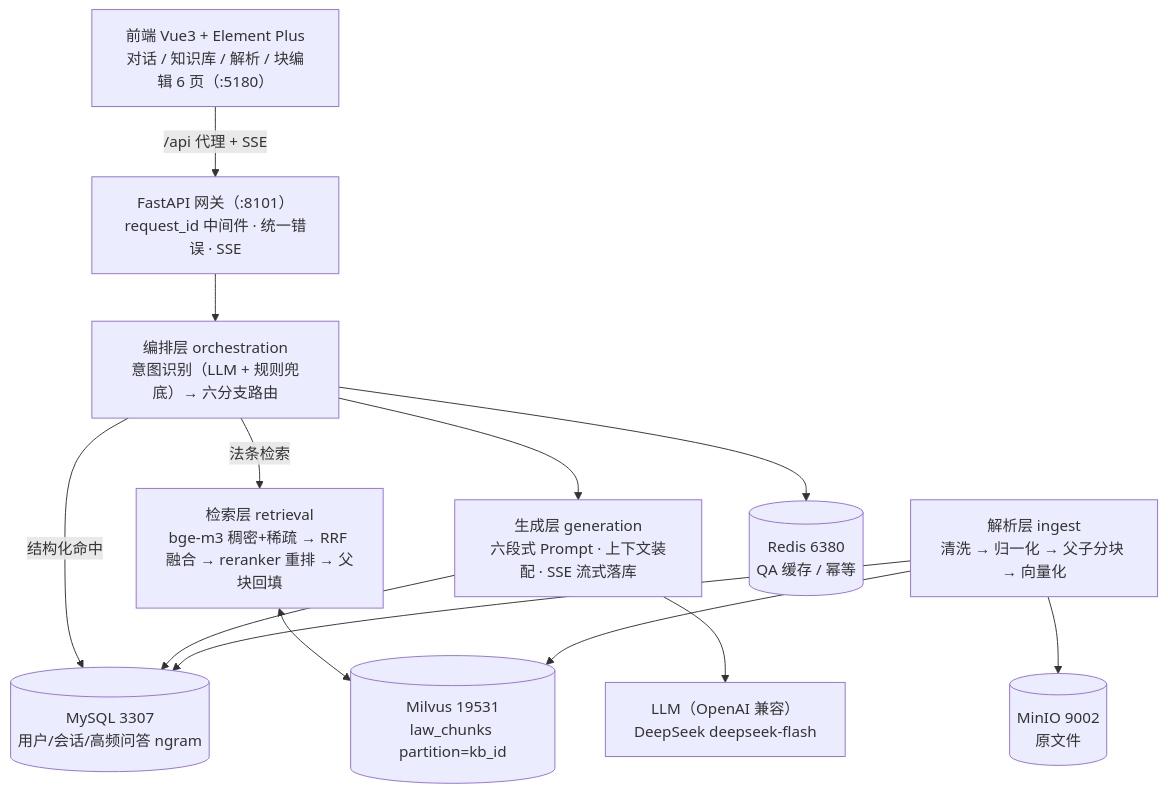
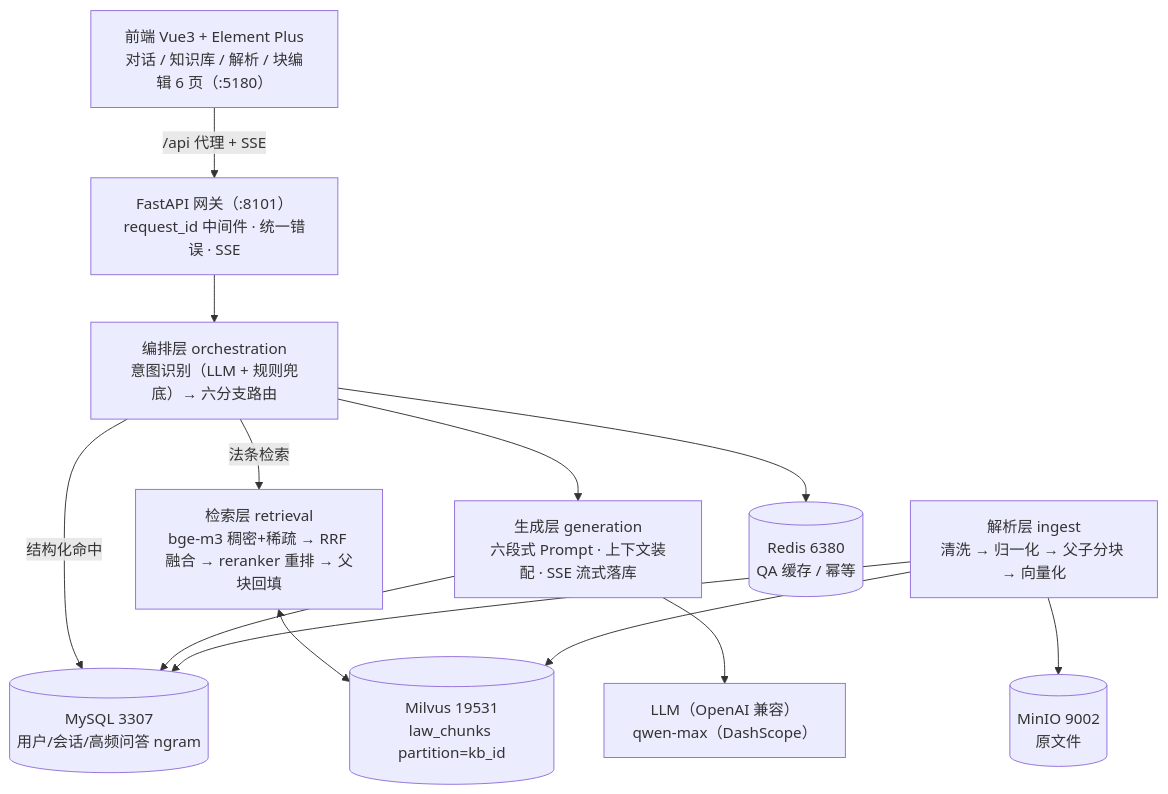
The first of 2 diagrams in README.md (jsq0917/LawAnswerW), drawn with Mermaid before and after one commit. The commit also changed other lines of this file and 1 other file, not shown here.

First line of the commit message:
chore: 默认大模型切换为 qwen-max（阿里云百炼）

````diff
--- a/README.md
+++ b/README.md
@@ -26,28 +26,28 @@
 ```mermaid
 flowchart TB
     UI["前端 Vue3 + Element Plus<br/>对话 / 知识库 / 解析 / 块编辑 6 页（:5180）"]
     API["FastAPI 网关（:8101）<br/>request_id 中间件 · 统一错误 · SSE"]
     ORCH["编排层 orchestration<br/>意图识别（LLM + 规则兜底）→ 六分支路由"]
     RET["检索层 retrieval<br/>bge-m3 稠密+稀疏 → RRF 融合 → reranker 重排 → 父块回填"]
     GEN["生成层 generation<br/>六段式 Prompt · 上下文装配 · SSE 流式落库"]
     ING["解析层 ingest<br/>清洗 → 归一化 → 父子分块 → 向量化"]
 
     MY[("MySQL 3307<br/>用户/会话/高频问答 ngram")]
     MI[("Milvus 19531<br/>law_chunks partition=kb_id")]
     RD[("Redis 6380<br/>QA 缓存 / 幂等")]
     MO[("MinIO 9002<br/>原文件")]
-    LLM["LLM（OpenAI 兼容）<br/>DeepSeek deepseek-flash"]
+    LLM["LLM（OpenAI 兼容）<br/>qwen-max（DashScope）"]
 
     UI -->|"/api 代理 + SSE"| API
     API --> ORCH
     ORCH -->|"结构化命中"| MY
     ORCH -->|"法条检索"| RET
     ORCH --> RD
     RET <--> MI
     ORCH --> GEN
     GEN --> LLM
     GEN --> MY
     ING --> MI
     ING --> MY
     ING --> MO
 ```
````
